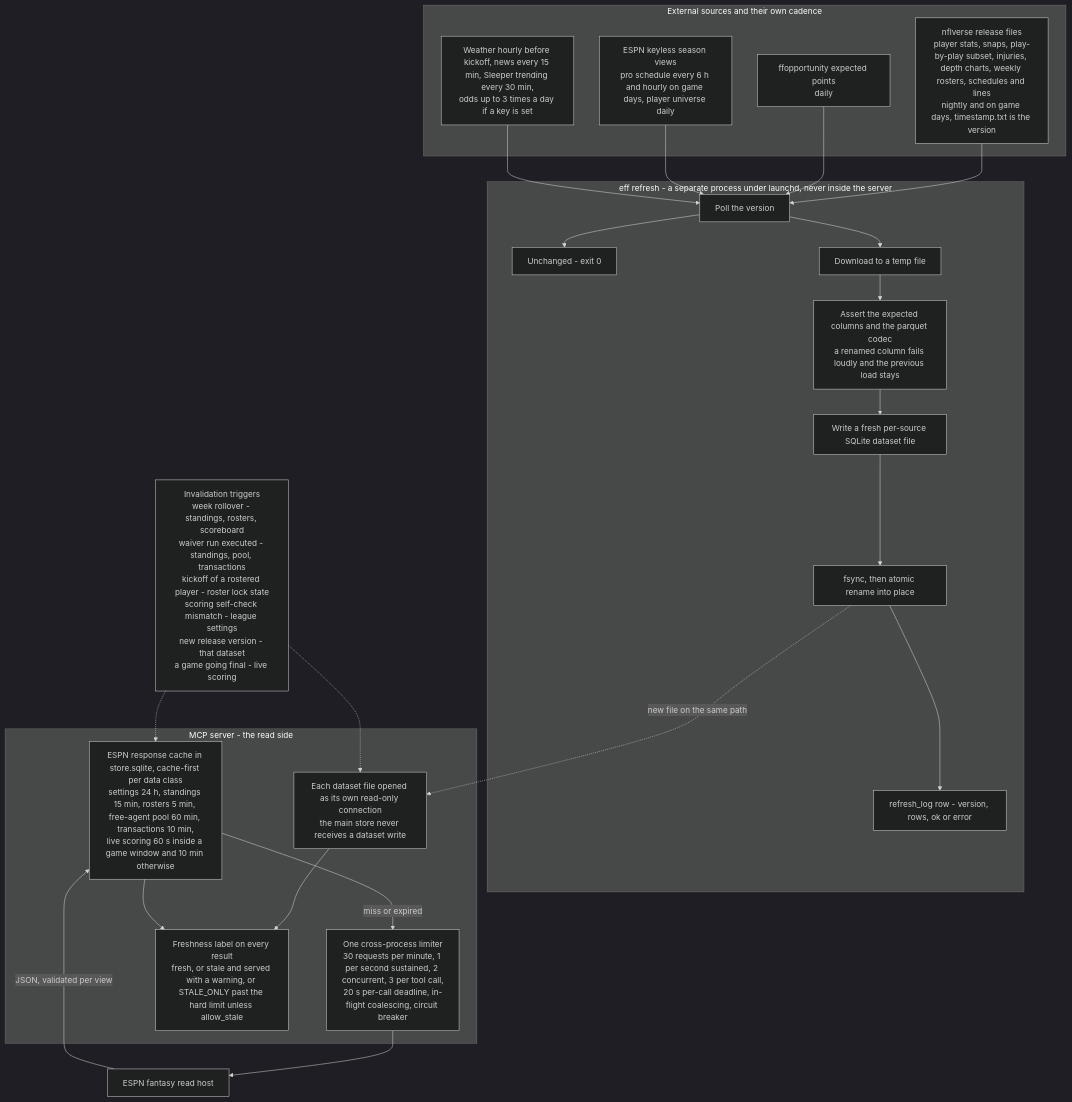
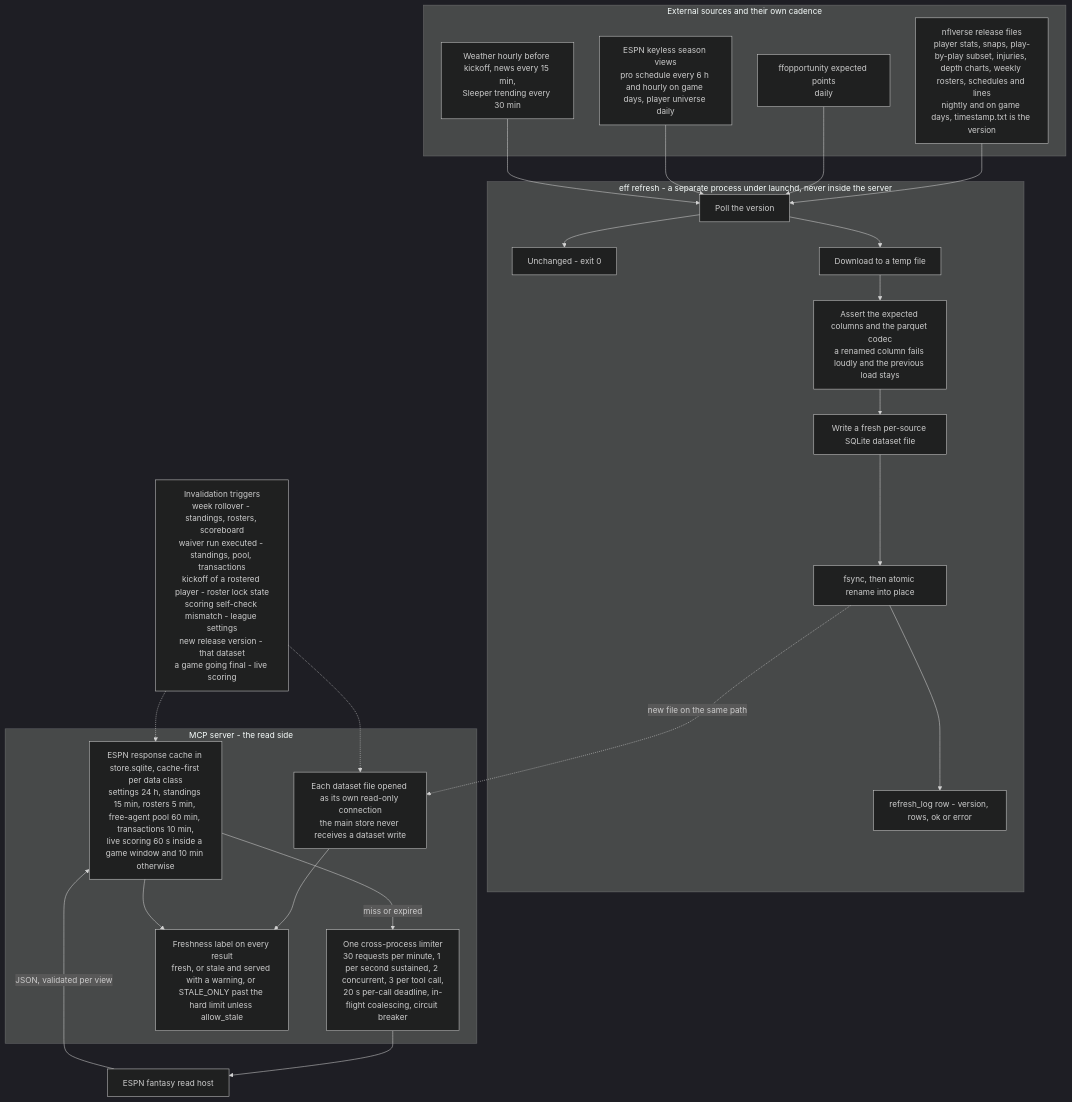
The third of 8 diagrams in README.md (ChadPapineau/espn-fantasy-football-mcp), drawn with Mermaid (dark theme) before and after one commit. The commit also changed other lines of this file and 8 other files, not shown here.

````diff
--- a/README.md
+++ b/README.md
@@ -320,45 +318,45 @@
 ```mermaid
 %% 3. Data ingestion and caching - two paths into one read side
 flowchart TB
   subgraph SRC["External sources and their own cadence"]
     NV["nflverse release files<br/>player stats, snaps, play-by-play subset, injuries, depth charts, weekly rosters, schedules and lines<br/>nightly and on game days, timestamp.txt is the version"]
     FFO["ffopportunity expected points<br/>daily"]
     ESV["ESPN keyless season views<br/>pro schedule every 6 h and hourly on game days, player universe daily"]
-    OTH["Weather hourly before kickoff, news every 15 min, Sleeper trending every 30 min,<br/>odds up to 3 times a day if a key is set"]
+    OTH["Weather hourly before kickoff, news every 15 min,<br/>Sleeper trending every 30 min"]
   end
   subgraph REF["eff refresh - a separate process under launchd, never inside the server"]
     POLL["Poll the version"]
     SKIP["Unchanged - exit 0"]
     DL["Download to a temp file"]
     ASSERT["Assert the expected columns and the parquet codec<br/>a renamed column fails loudly and the previous load stays"]
     WRITE["Write a fresh per-source SQLite dataset file"]
     PUB["fsync, then atomic rename into place"]
     LOG["refresh_log row - version, rows, ok or error"]
   end
   subgraph SERVER["MCP server - the read side"]
     DSR["Each dataset file opened as its own read-only connection<br/>the main store never receives a dataset write"]
     EC["ESPN response cache in store.sqlite, cache-first per data class<br/>settings 24 h, standings 15 min, rosters 5 min, free-agent pool 60 min, transactions 10 min,<br/>live scoring 60 s inside a game window and 10 min otherwise"]
     LIM["One cross-process limiter<br/>30 requests per minute, 1 per second sustained, 2 concurrent, 3 per tool call,<br/>20 s per-call deadline, in-flight coalescing, circuit breaker"]
     FRESH["Freshness label on every result<br/>fresh, or stale and served with a warning, or STALE_ONLY past the hard limit unless allow_stale"]
   end
   ESPN["ESPN fantasy read host"]
   INV["Invalidation triggers<br/>week rollover - standings, rosters, scoreboard<br/>waiver run executed - standings, pool, transactions<br/>kickoff of a rostered player - roster lock state<br/>scoring self-check mismatch - league settings<br/>new release version - that dataset<br/>a game going final - live scoring"]
   NV --> POLL
   FFO --> POLL
   ESV --> POLL
   OTH --> POLL
   POLL --> SKIP
   POLL --> DL
   DL --> ASSERT
   ASSERT --> WRITE
   WRITE --> PUB
   PUB --> LOG
   PUB -. "new file on the same path" .-> DSR
   EC -- "miss or expired" --> LIM
   LIM --> ESPN
   ESPN -- "JSON, validated per view" --> EC
   DSR --> FRESH
   EC --> FRESH
   INV -.-> EC
   INV -.-> DSR
 ```
````
